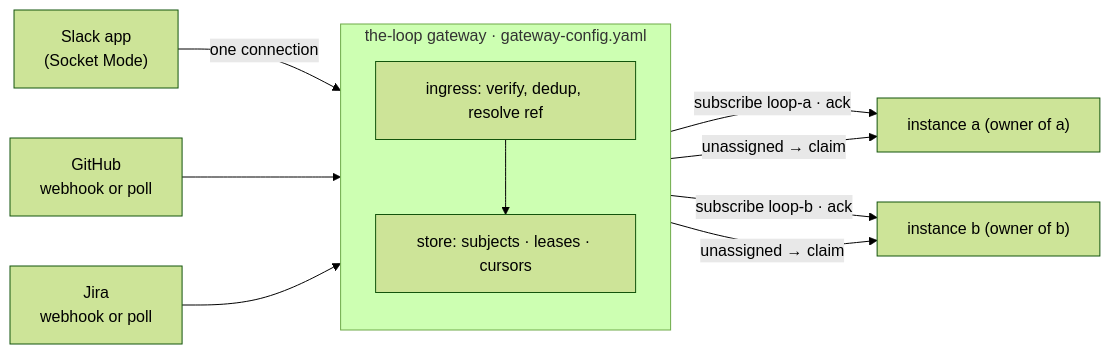
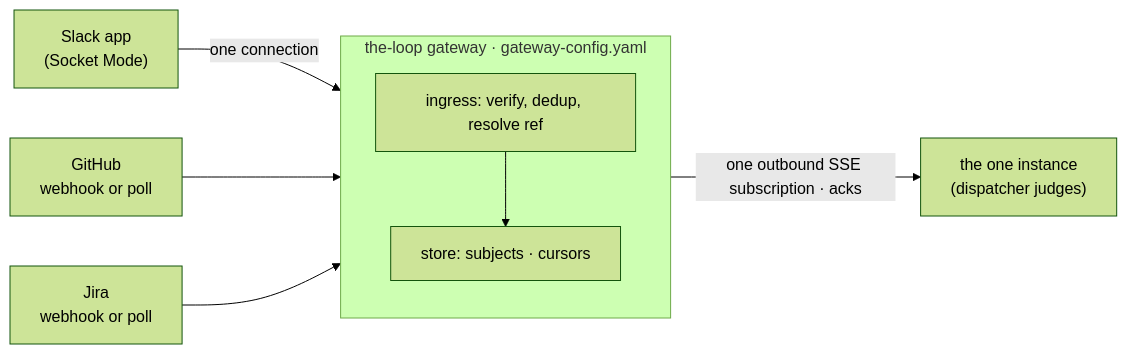
One commit to MadaraUchiha-314/the-loop changed the diagram in docs/specs/issue-496/requirements.md. Above: the diagram before and after it, drawn with Mermaid (forest theme). The commit also changed other lines of this file, not shown here.

First line of the commit message:
docs(issue-496): requirements — drop the lease; one instance per gateway

````diff
--- a/docs/specs/issue-496/requirements.md
+++ b/docs/specs/issue-496/requirements.md
@@ -61,13 +63,11 @@
 ```mermaid
 flowchart LR
   SL["Slack app<br/>(Socket Mode)"] -->|"one connection"| GW
   GH["GitHub<br/>webhook or poll"] --> GW
   JI["Jira<br/>webhook or poll"] --> GW
   subgraph GW["the-loop gateway · gateway-config.yaml"]
     direction TB
-    IN["ingress: verify, dedup, resolve ref"] --> ST["store: subjects · leases · cursors"]
+    IN["ingress: verify, dedup, resolve ref"] --> ST["store: subjects · cursors"]
   end
-  ST -->|"subscribe loop-a · ack"| A["instance a (owner of a)"]
-  ST -->|"subscribe loop-b · ack"| B["instance b (owner of b)"]
-  ST -->|"unassigned → claim"| A & B
+  ST -->|"one outbound SSE subscription · acks"| A["the one instance<br/>(dispatcher judges)"]
 ```
````
